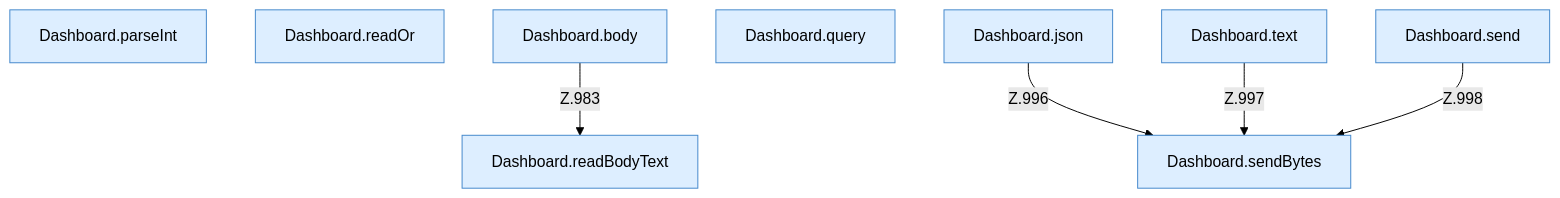
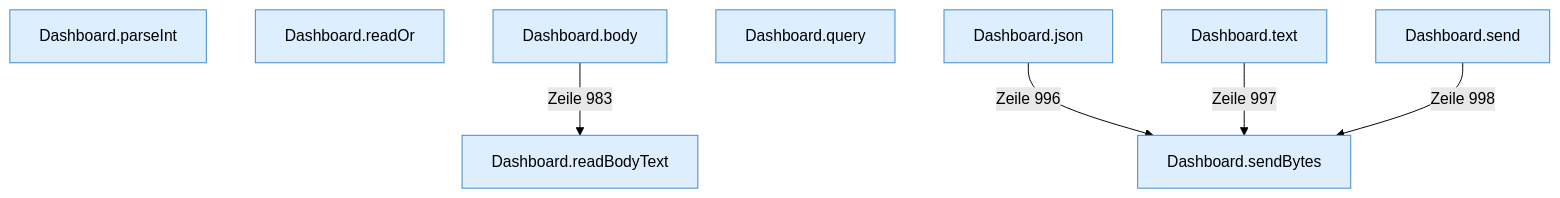
Before and after one commit to PrinceDiamant/minecraft-serverhoster-plugin: the diagram in API-Antworten.md, drawn with Mermaid (forest theme). The commit also changed other lines of this file and 2005 other files, not shown here.

````diff
--- a/API-Antworten.md
+++ b/API-Antworten.md
@@ -5,18 +5,18 @@
 ```mermaid
 flowchart TD
   n1["Dashboard.parseInt"]:::internal-link
   n2["Dashboard.readOr"]:::internal-link
   n3["Dashboard.readBodyText"]:::internal-link
   n4["Dashboard.body"]:::internal-link
   n5["Dashboard.query"]:::internal-link
   n6["Dashboard.json"]:::internal-link
   n7["Dashboard.text"]:::internal-link
   n8["Dashboard.send"]:::internal-link
   n9["Dashboard.sendBytes"]:::internal-link
-  n4 -->|"Z.983"| n3
-  n6 -->|"Z.996"| n9
-  n7 -->|"Z.997"| n9
-  n8 -->|"Z.998"| n9
+  n4 -->|"Zeile 983"| n3
+  n6 -->|"Zeile 996"| n9
+  n7 -->|"Zeile 997"| n9
+  n8 -->|"Zeile 998"| n9
   classDef internal-link fill:#ddeeff,stroke:#4488cc
   classDef befund fill:#f88
 ```
````
